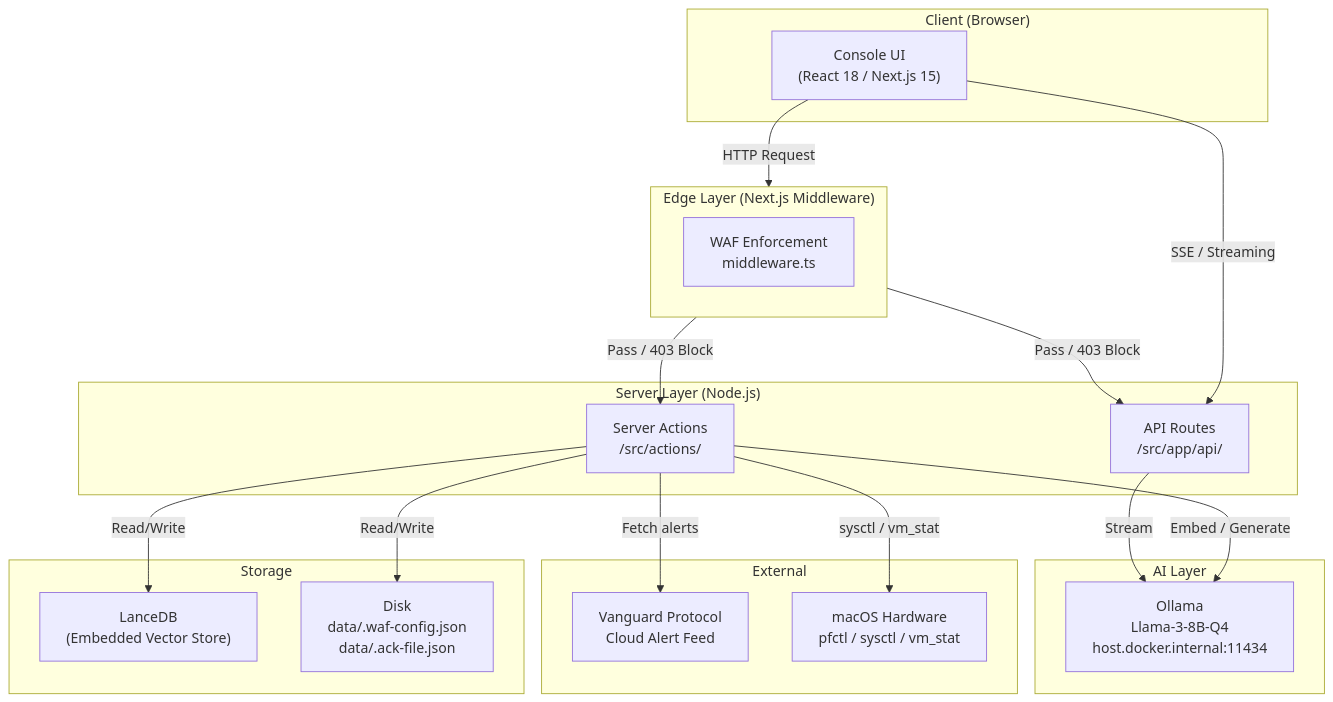
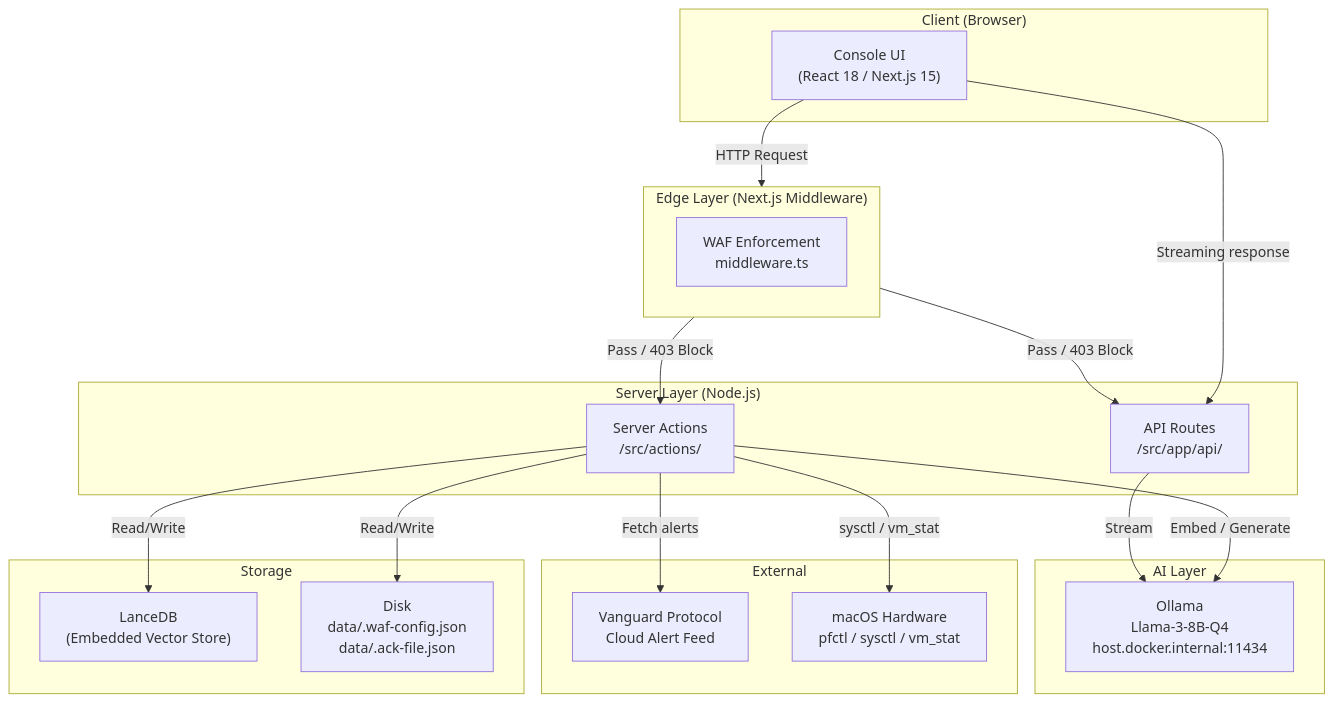
Before and after one commit to GeorgiDS9/aegis-node: the first of 8 diagrams in ARCHITECTURE_FLOWS.md, drawn with Mermaid. The commit also changed other lines of this file, not shown here.

First line of the commit message:
docs(arch): enrich ARCHITECTURE_FLOWS with why/understand/guarantees context

````diff
--- a/ARCHITECTURE_FLOWS.md
+++ b/ARCHITECTURE_FLOWS.md
@@ -9,40 +54,40 @@
 ```mermaid
 graph TD
     subgraph CLIENT["Client (Browser)"]
         UI["Console UI\n(React 18 / Next.js 15)"]
     end
 
     subgraph EDGE["Edge Layer (Next.js Middleware)"]
         WAF["WAF Enforcement\nmiddleware.ts"]
     end
 
     subgraph SERVER["Server Layer (Node.js)"]
         SA["Server Actions\n/src/actions/"]
         API["API Routes\n/src/app/api/"]
     end
 
     subgraph STORAGE["Storage"]
         LANCE["LanceDB\n(Embedded Vector Store)"]
         DISK["Disk\ndata/.waf-config.json\ndata/.ack-file.json"]
     end
 
     subgraph AI["AI Layer"]
         OLLAMA["Ollama\nLlama-3-8B-Q4\nhost.docker.internal:11434"]
     end
 
     subgraph EXTERNAL["External"]
         VAN["Vanguard Protocol\nCloud Alert Feed"]
         HW["macOS Hardware\npfctl / sysctl / vm_stat"]
     end
 
     UI -->|"HTTP Request"| EDGE
     EDGE -->|"Pass / 403 Block"| SA
     EDGE -->|"Pass / 403 Block"| API
     SA -->|"Read/Write"| LANCE
     SA -->|"Read/Write"| DISK
     SA -->|"Embed / Generate"| OLLAMA
     API -->|"Stream"| OLLAMA
     SA -->|"sysctl / vm_stat"| HW
     SA -->|"Fetch alerts"| VAN
-    UI -->|"SSE / Streaming"| API
+    UI -->|"Streaming response"| API
 ```
````
